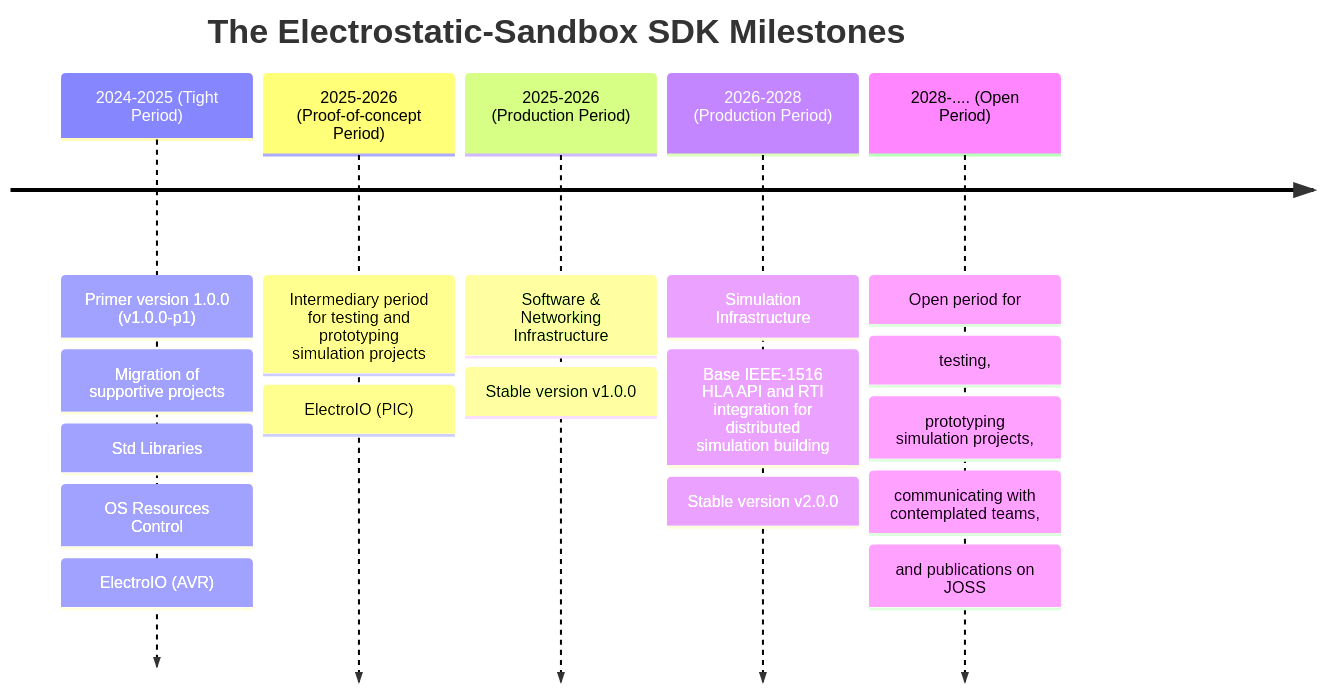
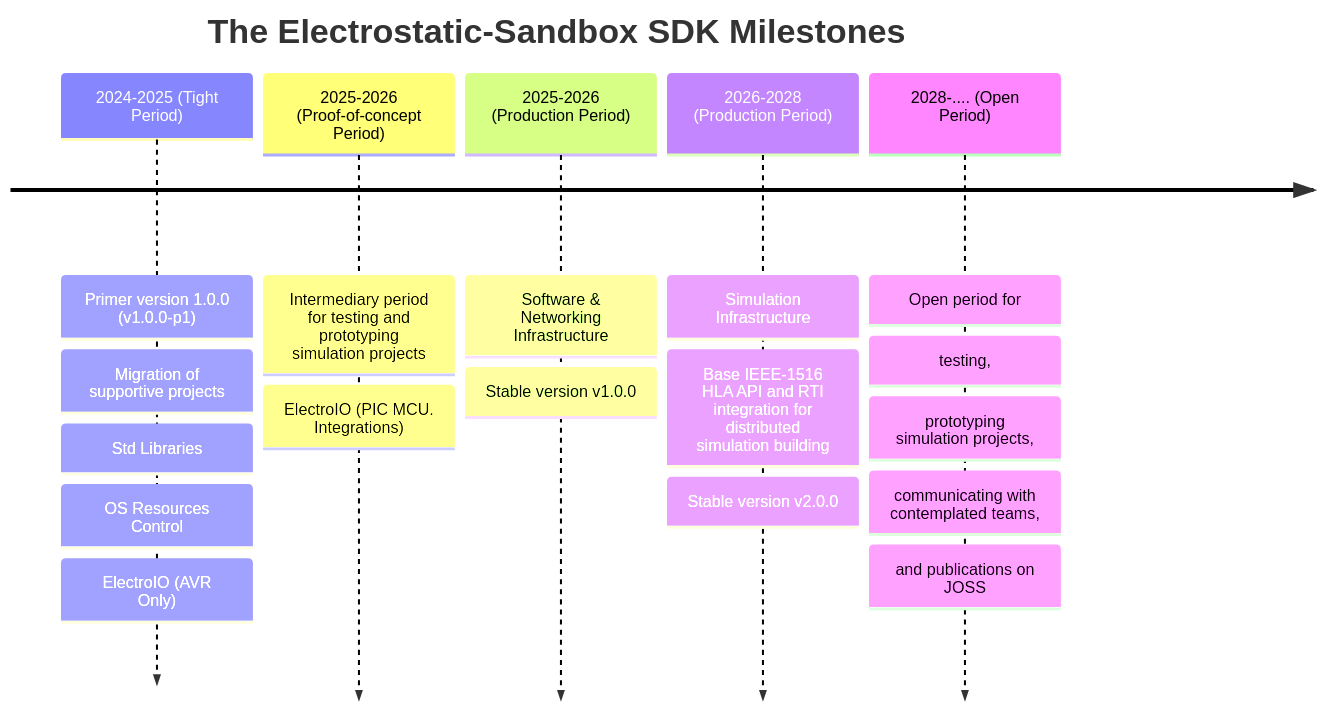
The third of 3 diagrams in README.md (Electrostat-Lab/Electrostatic-Sandbox), drawn with Mermaid before and after one commit. The commit also changed other lines of this file, not shown here.

````diff
--- a/README.md
+++ b/README.md
@@ -138,9 +138,9 @@
 ```mermaid
 timeline
 title The Electrostatic-Sandbox SDK Milestones
-2024-2025 (Tight Period): Primer version 1.0.0 (v1.0.0-p1): Migration of supportive projects: Std Libraries: OS Resources Control: ElectroIO (AVR)
-2025-2026 (Proof-of-concept Period): Intermediary period for testing and prototyping simulation projects: ElectroIO (PIC)
+2024-2025 (Tight Period): Primer version 1.0.0 (v1.0.0-p1): Migration of supportive projects: Std Libraries: OS Resources Control: ElectroIO (AVR Only)
+2025-2026 (Proof-of-concept Period): Intermediary period for testing and prototyping simulation projects: ElectroIO (PIC MCU. Integrations)
 2025-2026 (Production Period): Software & Networking Infrastructure: Stable version v1.0.0
 2026-2028 (Production Period): Simulation Infrastructure: Base IEEE-1516 HLA API and RTI integration for distributed simulation building: Stable version v2.0.0
 2028-.... (Open Period): Open period for: testing,: prototyping simulation projects,: communicating with contemplated teams,: and publications on JOSS
 ```
````
